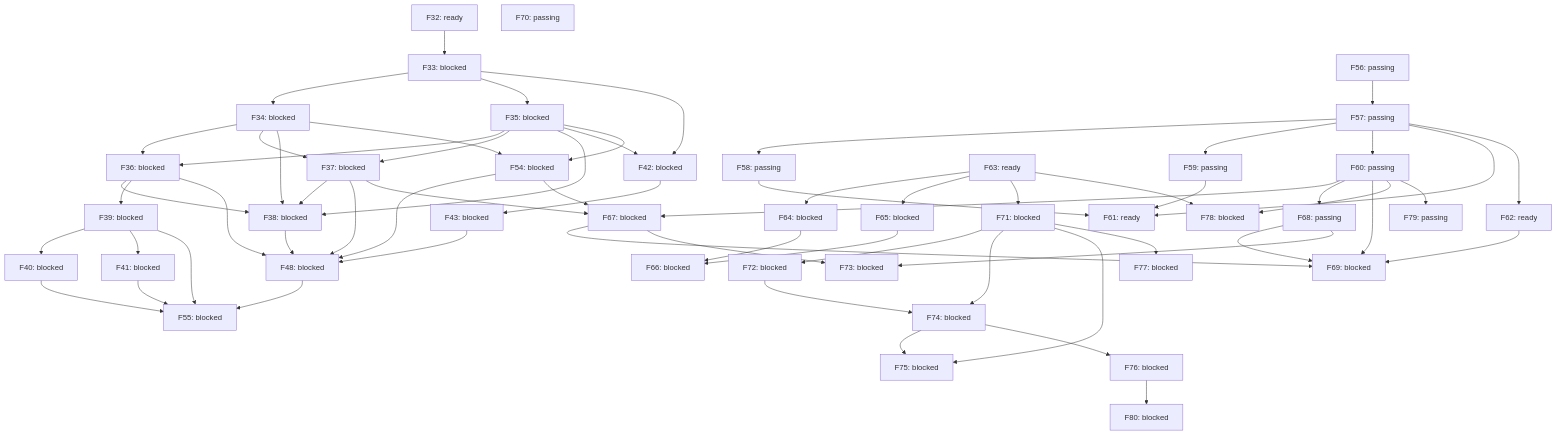
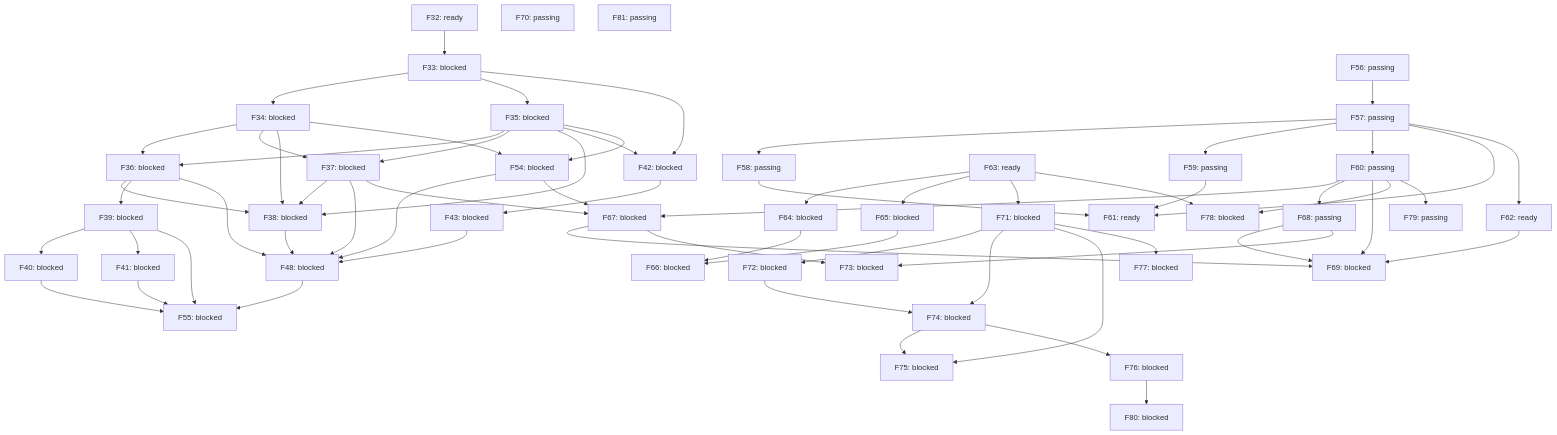
One commit to alex-nax/rengine changed the diagram in docs/roadmap-graph.md. Above: the diagram before and after it, drawn with Mermaid. The commit also changed other lines of this file and 27 other files, not shown here.

````diff
--- a/docs/roadmap-graph.md
+++ b/docs/roadmap-graph.md
@@ -108,4 +108,5 @@
   F60 --> F79
   F80["F80: blocked"]
   F76 --> F80
+  F81["F81: passing"]
 ```
````
